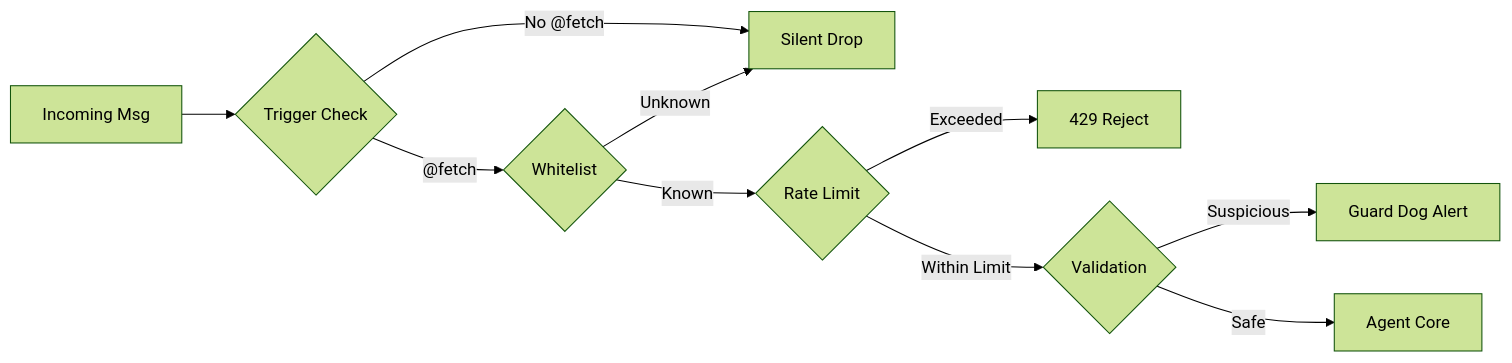
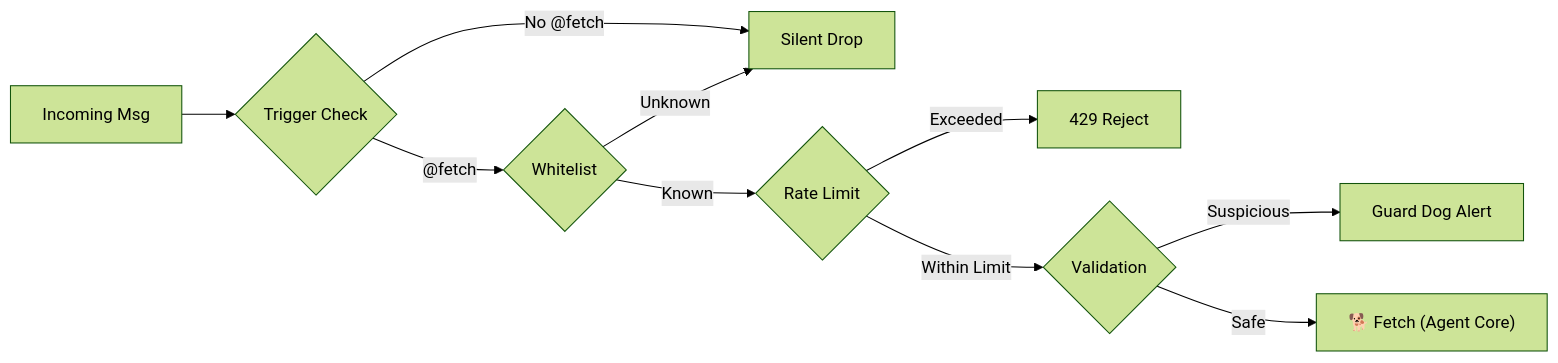
Before and after one commit to Traves-Theberge/Fetch: the third of 3 diagrams in README.md, drawn with Mermaid (forest theme). The commit also changed other lines of this file, not shown here.

Commit message:
docs: explicitly label in Mermaid diagrams

````diff
--- a/README.md
+++ b/README.md
@@ -175,12 +175,12 @@
 ```mermaid
 graph LR
     Input[Incoming Msg] --> Gate{Trigger Check}
     Gate -->|"No @fetch"| Drop[Silent Drop]
     Gate -->|"@fetch"| Auth{Whitelist}
     Auth -->|Unknown| Drop
     Auth -->|Known| Rate{Rate Limit}
     Rate -->|Exceeded| Block[429 Reject]
     Rate -->|Within Limit| Val{Validation}
     Val -->|Suspicious| Alert[Guard Dog Alert]
-    Val -->|Safe| LLM[Agent Core]
+    Val -->|Safe| LLM["🐕 Fetch (Agent Core)"]
 ```
````
